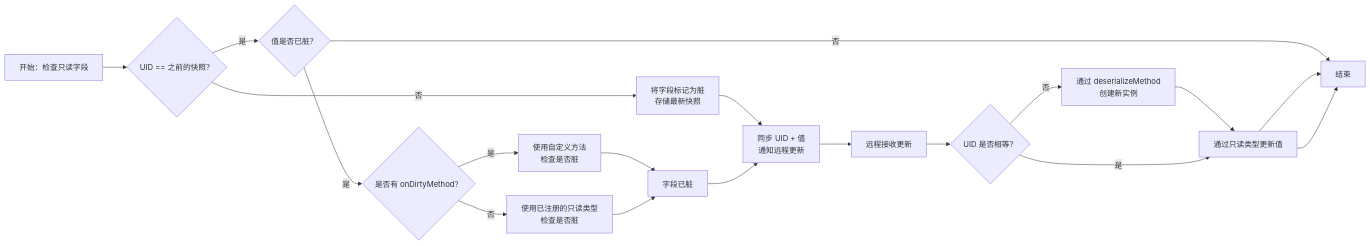
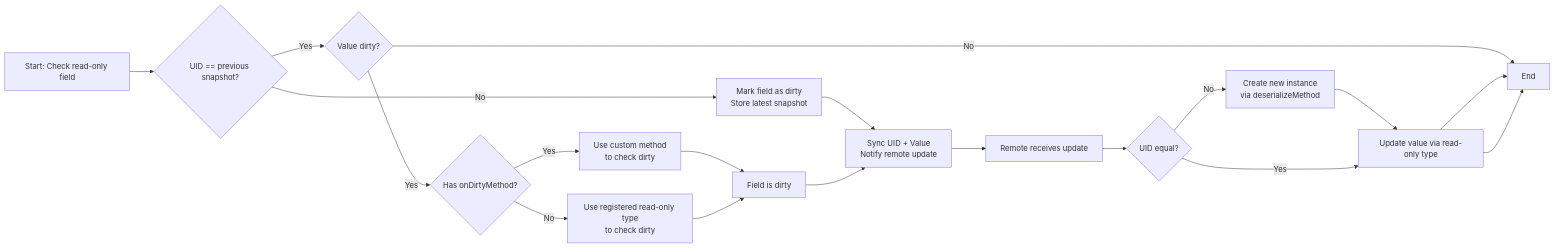
Before and after one commit to Low-Drag-MC/LowDragMC-Doc: the diagram in docs/zh/ldlib2/sync/annotations.md, drawn with Mermaid. The commit also changed other lines of this file and 104 other files, not shown here.

````diff
--- a/docs/zh/ldlib2/sync/annotations.md
+++ b/docs/zh/ldlib2/sync/annotations.md
@@ -149,27 +149,27 @@
 ```mermaid
 flowchart LR
 
-    A[开始：检查只读字段] --> B{UID == 之前的快照？}
+    A[Start: Check read-only field] --> B{UID == previous snapshot?}
 
     %% Step 1
-    B -- 否 --> C[将字段标记为脏<br/>存储最新快照] --> D[同步 UID + 值<br/>通知远程更新]
-    B -- 是 --> E{值是否已脏？}
+    B -- No --> C[Mark field as dirty<br/>Store latest snapshot] --> D[Sync UID + Value<br/>Notify remote update]
+    B -- Yes --> E{Value dirty?}
 
     %% Step 2
-    E -- 否 --> Z[结束]
-    E -- 是 --> F{是否有 onDirtyMethod？}
+    E -- No --> Z[End]
+    E -- Yes --> F{Has onDirtyMethod?}
 
-    F -- 是 --> G[使用自定义方法<br/>检查是否脏]
-    F -- 否 --> H[使用已注册的只读类型<br/>检查是否脏]
+    F -- Yes --> G[Use custom method<br/>to check dirty]
+    F -- No --> H[Use registered read-only type<br/>to check dirty]
 
     %% Step 3
-    G --> I[字段已脏] --> D
+    G --> I[Field is dirty] --> D
     H --> I
 
     %% Remote side
-    D --> R[远程接收更新] --> S{UID 是否相等？}
+    D --> R[Remote receives update] --> S{UID equal?}
 
     %% Step 4
-    S -- 否 --> T[通过 deserializeMethod<br/>创建新实例] --> U[通过只读类型更新值] --> Z
-    S -- 是 --> U --> Z
+    S -- No --> T[Create new instance<br/>via deserializeMethod] --> U[Update value via read-only type] --> Z
+    S -- Yes --> U --> Z
 ```
````
